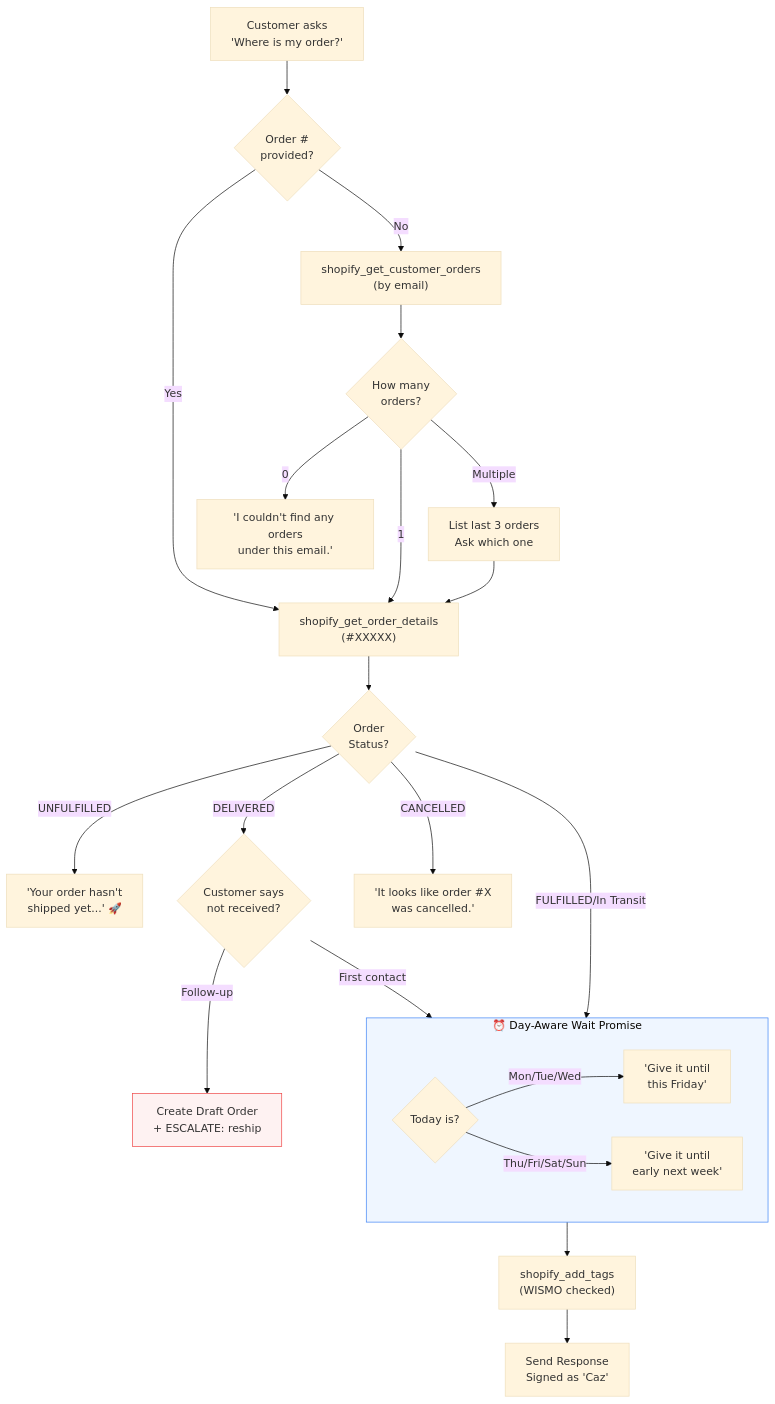
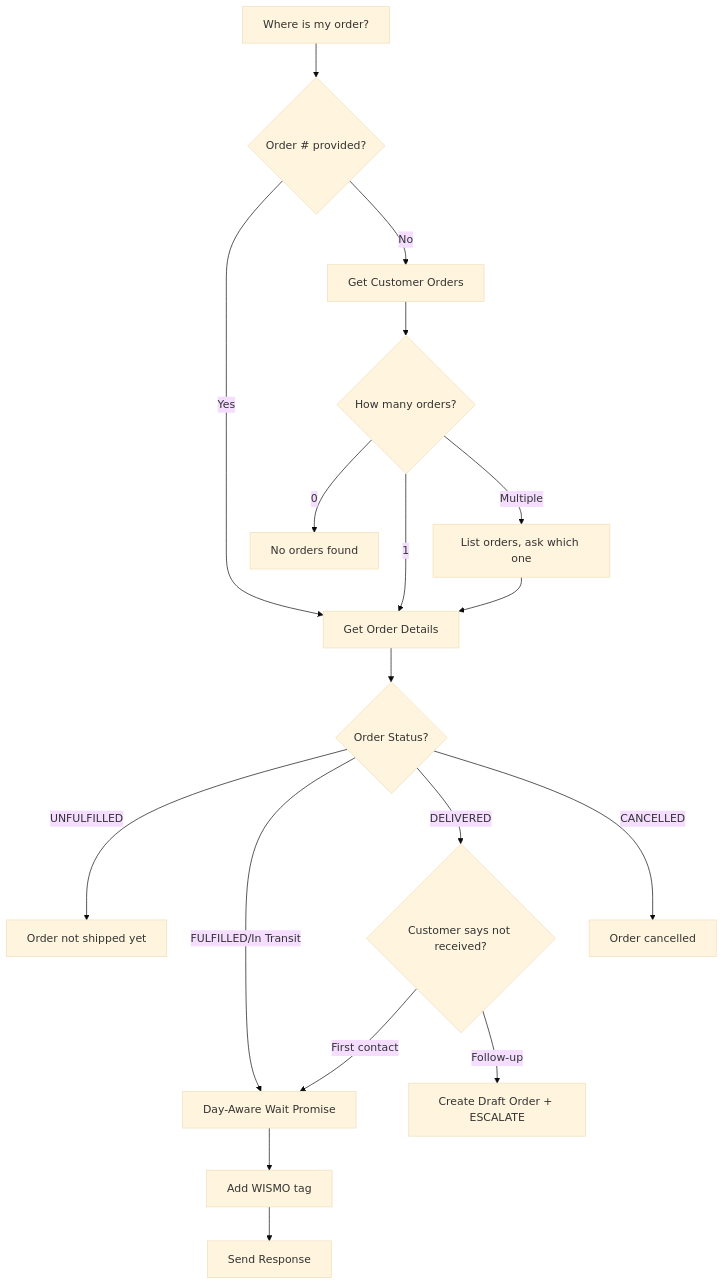
Before and after one commit to EminDurmuSS/lookfor-hackathon: the fifth of 11 diagrams in README.md, drawn with Mermaid (base theme). The commit also changed other lines of this file, not shown here.

First line of the commit message:
Refactor README formatting and diagram clarity

````diff
--- a/README.md
+++ b/README.md
@@ -278,36 +230,27 @@
 ```mermaid
 flowchart TD
-    START["Customer asks<br/>'Where is my order?'"] --> FIND{"Order #<br/>provided?"}
+    START[Where is my order?] --> FIND{Order # provided?}
 
-    FIND -->|Yes| LOOKUP["shopify_get_order_details<br/>(#XXXXX)"]
-    FIND -->|No| EMAIL["shopify_get_customer_orders<br/>(by email)"]
+    FIND -->|Yes| LOOKUP[Get Order Details]
+    FIND -->|No| EMAIL[Get Customer Orders]
 
-    EMAIL --> COUNT{"How many<br/>orders?"}
-    COUNT -->|0| NOT_FOUND["'I couldn't find any orders<br/>under this email.'"]
+    EMAIL --> COUNT{How many orders?}
+    COUNT -->|0| NOT_FOUND[No orders found]
     COUNT -->|1| LOOKUP
-    COUNT -->|Multiple| DISAMBIG["List last 3 orders<br/>Ask which one"]
+    COUNT -->|Multiple| DISAMBIG[List orders, ask which one]
     DISAMBIG --> LOOKUP
 
-    LOOKUP --> STATUS{"Order<br/>Status?"}
+    LOOKUP --> STATUS{Order Status?}
 
-    STATUS -->|UNFULFILLED| MSG_PREP["'Your order hasn't<br/>shipped yet...' 🚀"]
-    STATUS -->|FULFILLED/In Transit| WAIT_PROMISE
-    STATUS -->|DELIVERED| DELIVERED_CHECK
-    STATUS -->|CANCELLED| MSG_CANCEL["'It looks like order #X<br/>was cancelled.'"]
+    STATUS -->|UNFULFILLED| MSG_PREP[Order not shipped yet]
+    STATUS -->|FULFILLED/In Transit| WAIT
+    STATUS -->|DELIVERED| DELIVERED_CHECK{Customer says not received?}
+    STATUS -->|CANCELLED| MSG_CANCEL[Order cancelled]
 
-    subgraph WAIT_PROMISE["⏰ Day-Aware Wait Promise"]
-        DAY{"Today is?"}
-        DAY -->|Mon/Tue/Wed| FRIDAY["'Give it until<br/>this Friday'"]
-        DAY -->|Thu/Fri/Sat/Sun| NEXT_WEEK["'Give it until<br/>early next week'"]
-    end
+    WAIT[Day-Aware Wait Promise]
+    WAIT --> TAG[Add WISMO tag]
+    TAG --> RESPONSE[Send Response]
 
-    WAIT_PROMISE --> TAG["shopify_add_tags<br/>(WISMO checked)"]
-    TAG --> RESPONSE["Send Response<br/>Signed as 'Caz'"]
-
-    DELIVERED_CHECK{"Customer says<br/>not received?"}
-    DELIVERED_CHECK -->|First contact| WAIT_PROMISE
-    DELIVERED_CHECK -->|Follow-up| RESHIP["Create Draft Order<br/>+ ESCALATE: reship"]
-
-    style WAIT_PROMISE fill:#eff6ff,stroke:#3b82f6
-    style RESHIP fill:#fef2f2,stroke:#ef4444
+    DELIVERED_CHECK -->|First contact| WAIT
+    DELIVERED_CHECK -->|Follow-up| RESHIP[Create Draft Order + ESCALATE]
 ```
````
